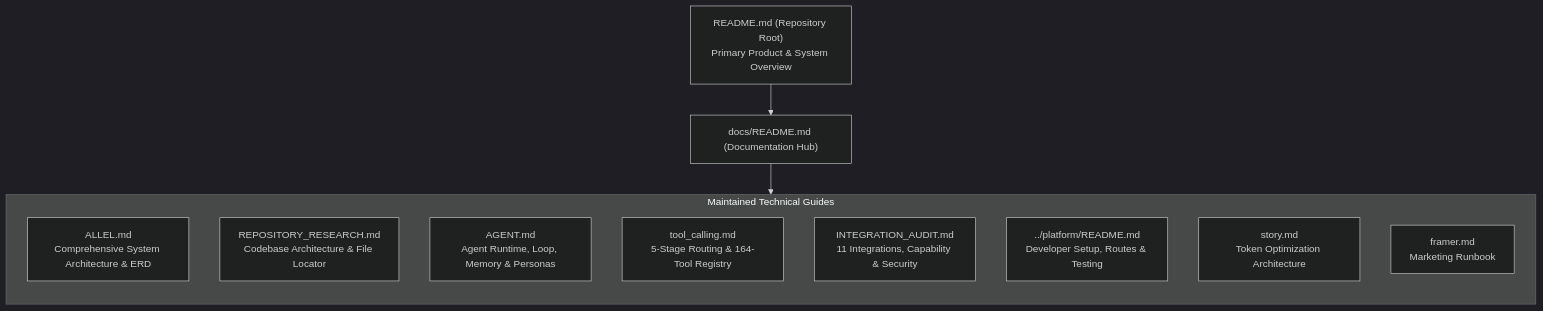
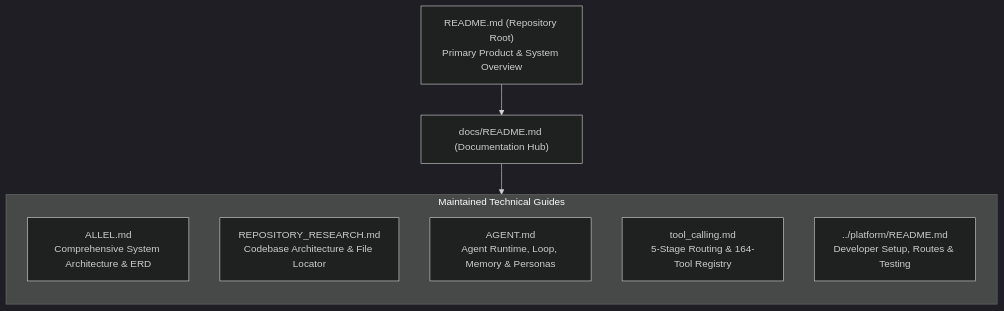
One commit to kushagarasingh9-oss/Allel changed the diagram in docs/README.md. Above: the diagram before and after it, drawn with Mermaid (dark theme). The commit also changed other lines of this file and 4 other files, not shown here.

````diff
--- a/docs/README.md
+++ b/docs/README.md
@@ -10,18 +10,15 @@
 ```mermaid
 flowchart TB
     Root["README.md (Repository Root)<br/>Primary Product & System Overview"] --> Hub["docs/README.md (Documentation Hub)"]
 
     subgraph Maintained["Maintained Technical Guides"]
         direction TB
         Arch["ALLEL.md<br/>Comprehensive System Architecture & ERD"]
         RepoDoc["REPOSITORY_RESEARCH.md<br/>Codebase Architecture & File Locator"]
         AgentDoc["AGENT.md<br/>Agent Runtime, Loop, Memory & Personas"]
         ToolsDoc["tool_calling.md<br/>5-Stage Routing & 164-Tool Registry"]
-        AuditDoc["INTEGRATION_AUDIT.md<br/>11 Integrations, Capability & Security"]
         PlatformDoc["../platform/README.md<br/>Developer Setup, Routes & Testing"]
-        StoryDoc["story.md<br/>Token Optimization Architecture"]
-        FramerDoc["framer.md<br/>Marketing Runbook"]
     end
 
     Hub --> Maintained
 ```
````
